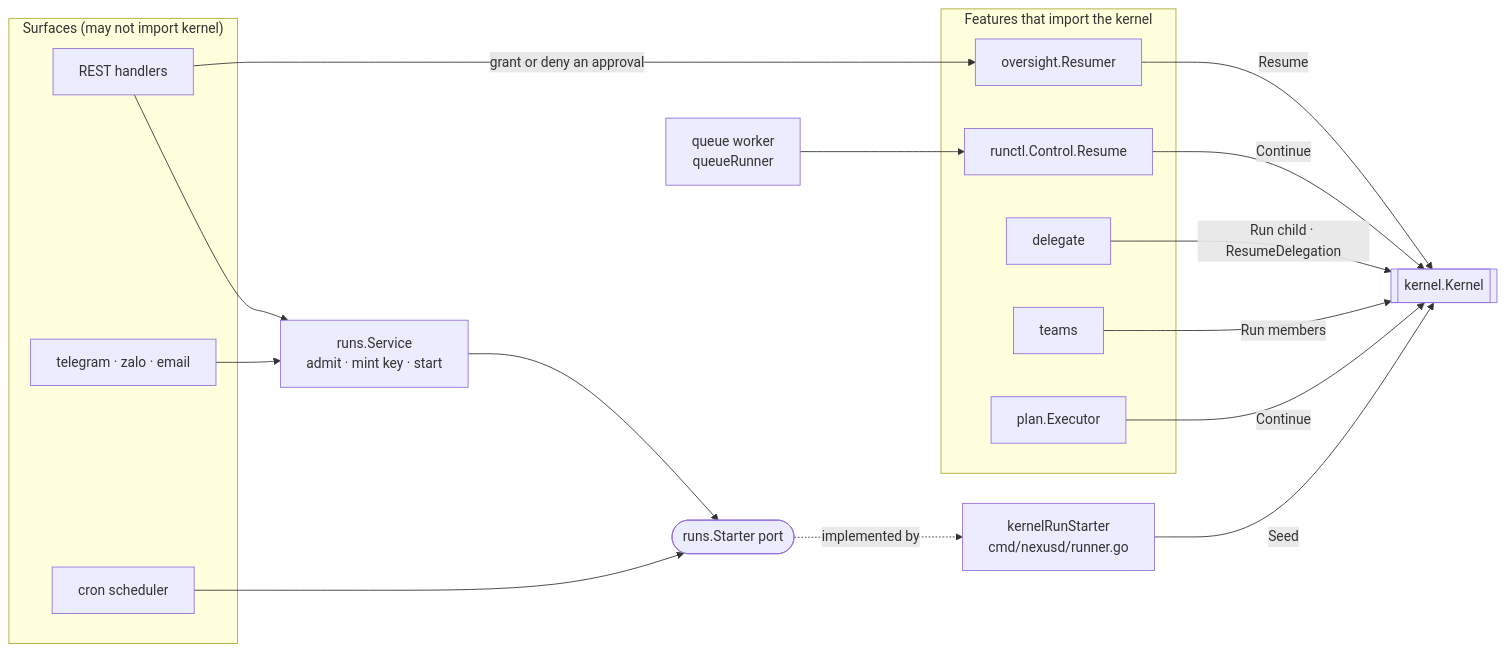
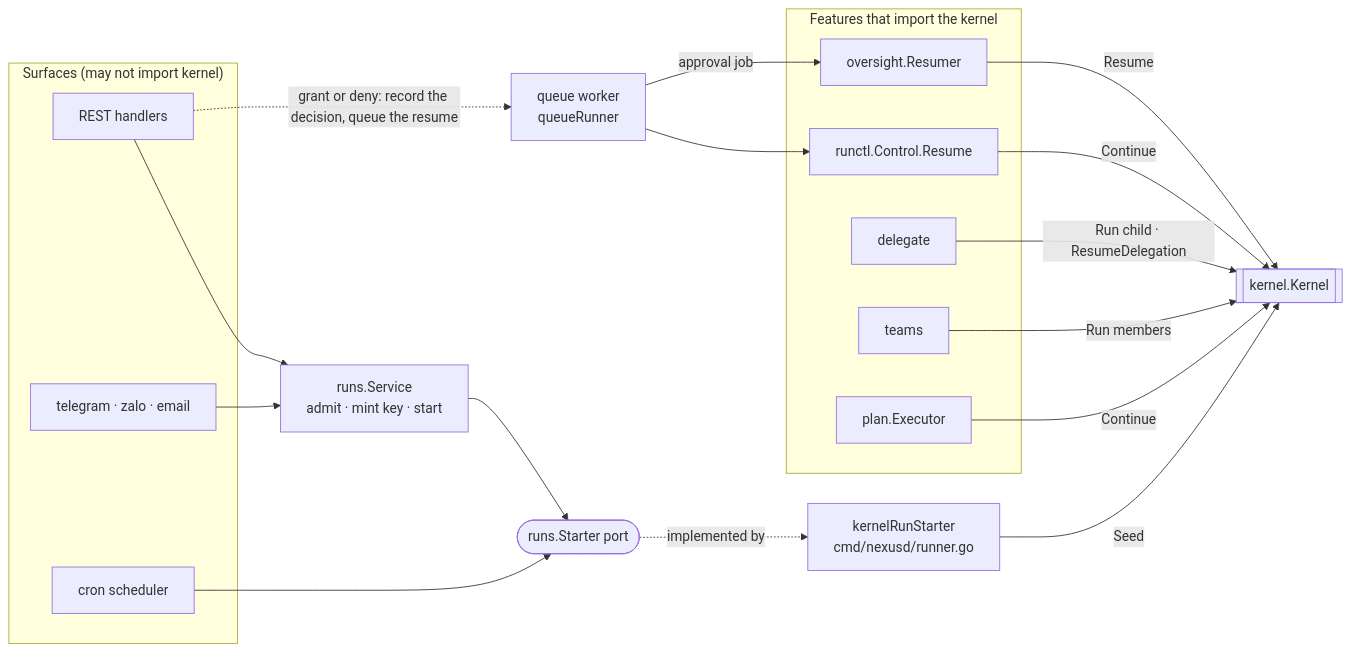
The third of 20 diagrams in docs/architecture.md (truongpx396/nexus-agent-demo), drawn with Mermaid before and after one commit. The commit also changed other lines of this file and 68 other files, not shown here.

````diff
--- a/docs/architecture.md
+++ b/docs/architecture.md
@@ -106,37 +106,38 @@
 ```mermaid
 flowchart LR
     subgraph surf["Surfaces (may not import kernel)"]
         rest["REST handlers"]
         chats["telegram · zalo · email"]
         cron["cron scheduler"]
     end
 
     launcher["runs.Service<br/>admit · mint key · start"]
     starter(["runs.Starter port"])
     krs["kernelRunStarter<br/>cmd/nexusd/runner.go"]
     worker["queue worker<br/>queueRunner"]
 
     subgraph drivers["Features that import the kernel"]
         runctl["runctl.Control.Resume"]
         resumer["oversight.Resumer"]
         deleg["delegate"]
         teams["teams"]
         plan["plan.Executor"]
     end
 
     K[["kernel.Kernel"]]
 
     rest --> launcher
     chats --> launcher
     launcher --> starter
     cron --> starter
     starter -.->|"implemented by"| krs
     krs -->|"Seed"| K
     worker --> runctl
     runctl -->|"Continue"| K
     plan -->|"Continue"| K
-    rest -->|"grant or deny an approval"| resumer
+    rest -.->|"grant or deny: record the decision, queue the resume"| worker
+    worker -->|"approval job"| resumer
     resumer -->|"Resume"| K
     deleg -->|"Run child · ResumeDelegation"| K
     teams -->|"Run members"| K
 ```
````
